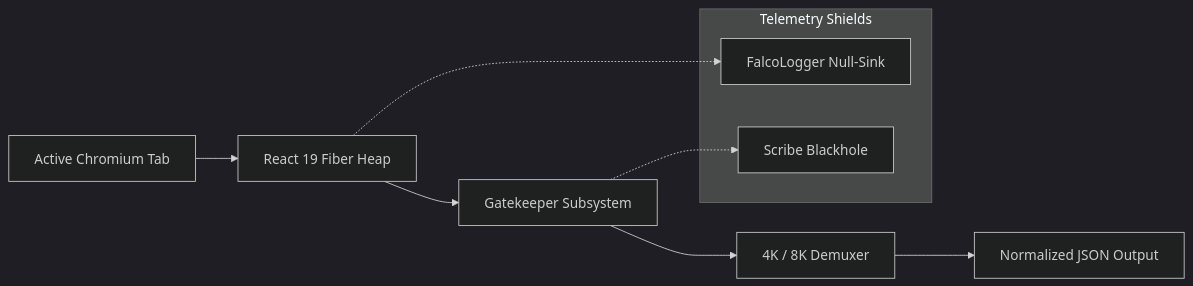
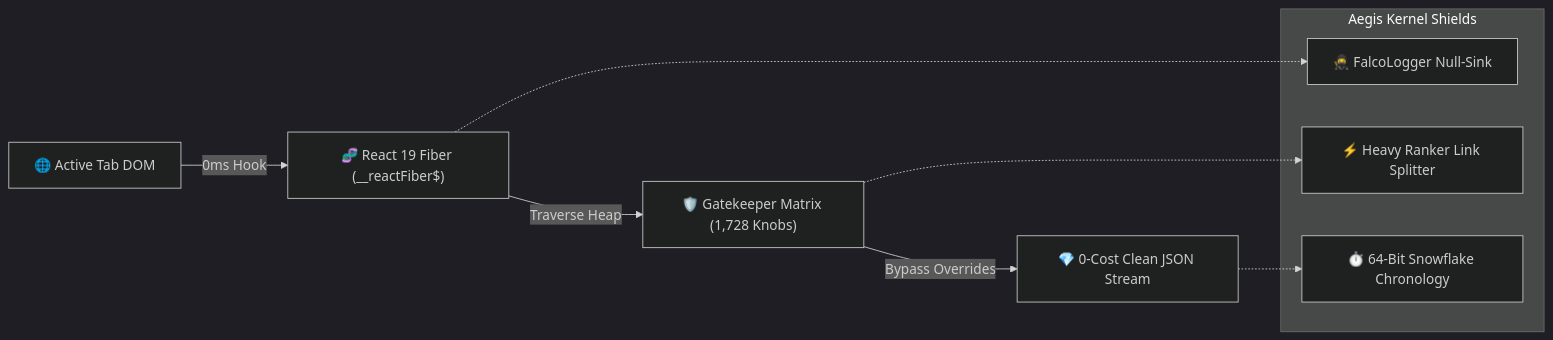
One commit to Agi-reverse/aegis-social-kernel changed the diagram in README.md. Above: the diagram before and after it, drawn with Mermaid (dark theme). The commit also changed other lines of this file, not shown here.

````diff
--- a/README.md
+++ b/README.md
@@ -40,15 +37,16 @@
 ```mermaid
 flowchart LR
-    A["Active Chromium Tab"] --> B["React 19 Fiber Heap"]
-    B --> C["Gatekeeper Subsystem"]
-    C --> D["4K / 8K Demuxer"]
-    D --> E["Normalized JSON Output"]
-
-    subgraph Protection ["Telemetry Shields"]
-        P1["FalcoLogger Null-Sink"]
-        P2["Scribe Blackhole"]
+    A["🌐 Active Tab DOM"] -->|0ms Hook| B["🧬 React 19 Fiber (__reactFiber$)"]
+    B -->|Traverse Heap| C["🛡️ Gatekeeper Matrix (1,728 Knobs)"]
+    C -->|Bypass Overrides| D["💎 0-Cost Clean JSON Stream"]
+    
+    subgraph "Aegis Kernel Shields"
+        E["🥷 FalcoLogger Null-Sink"]
+        F["⚡ Heavy Ranker Link Splitter"]
+        G["⏱️ 64-Bit Snowflake Chronology"]
     end
-
-    B -.-> P1
-    C -.-> P2
+    
+    B -.-> E
+    C -.-> F
+    D -.-> G
 ```
````
